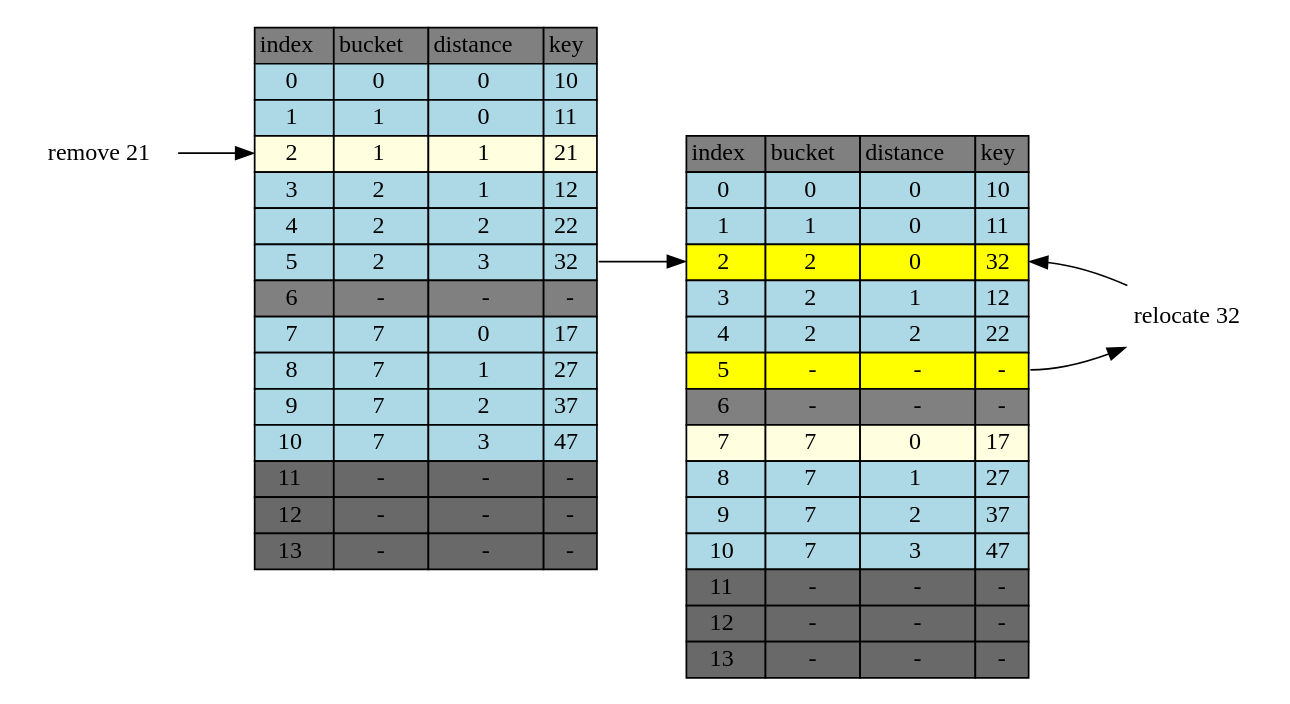
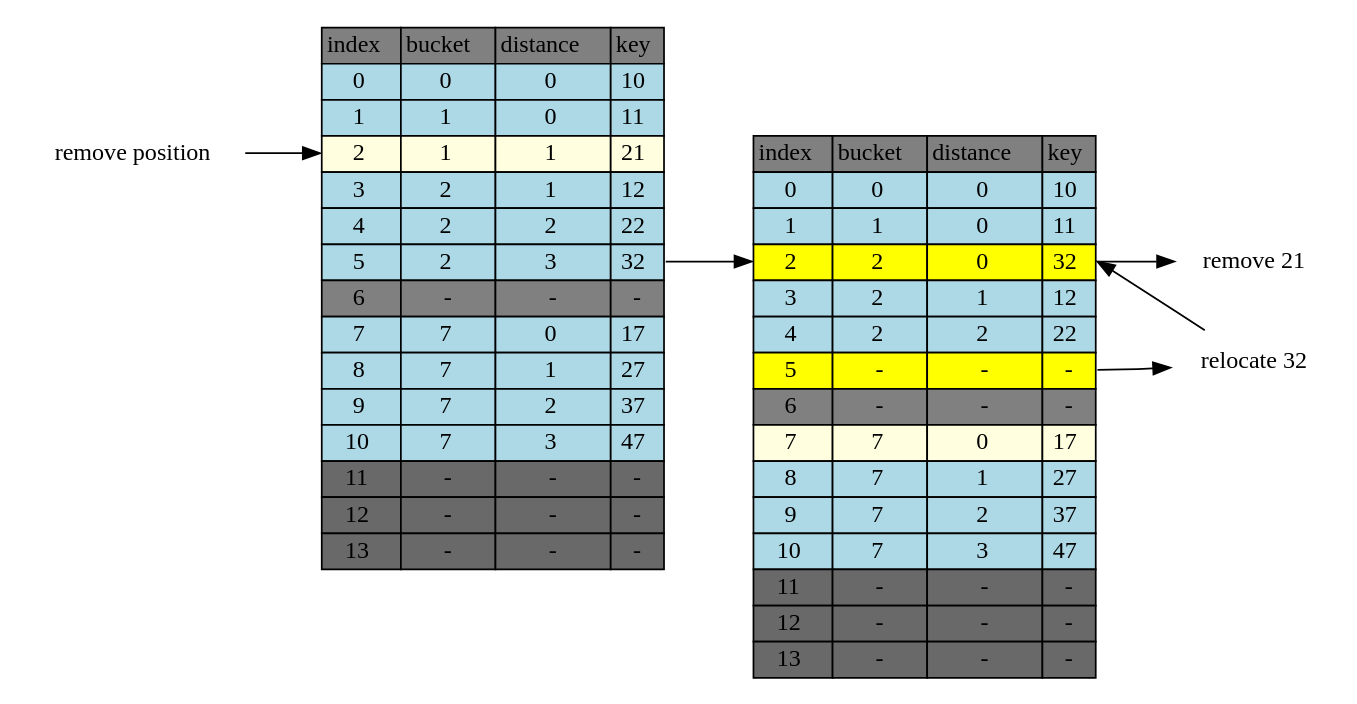
The diagram in hashing/cluster-remove-21.dot (jasonlue/digest), drawn with Graphviz before and after one commit. The commit also changed 5 other files, not shown here.

```diff
--- a/hashing/cluster-remove-21.dot
+++ b/hashing/cluster-remove-21.dot
@@ -1,197 +1,198 @@
 digraph table{
     rankdir=LR
     node[shape=plaintext]
 
     table[label=<
         <TABLE BORDER="0" CELLBORDER="1" CELLSPACING="0">
             <TR>
                 <TD BGCOLOR="grey">index</TD>
                 <TD BGCOLOR="grey">bucket</TD>
                 <TD BGCOLOR="grey">distance</TD>
                 <TD BGCOLOR="grey">key</TD>
             </TR>           
             <TR>
                 <TD BGCOLOR="lightblue" PORT="i0">0</TD>
                 <TD BGCOLOR="lightblue">0</TD>
                 <TD BGCOLOR="lightblue">0</TD>
                 <TD BGCOLOR="lightblue" PORT="k0">10</TD>
             </TR>           
             <TR>
                 <TD BGCOLOR="lightblue" PORT="i1">1</TD>
                 <TD BGCOLOR="lightblue">1</TD>
                 <TD BGCOLOR="lightblue">0</TD>
                 <TD BGCOLOR="lightblue" PORT="k1">11</TD>
             </TR>           
             <TR>
                 <TD BGCOLOR="lightyellow" PORT="i2">2</TD>
                 <TD BGCOLOR="lightyellow">1</TD>
                 <TD BGCOLOR="lightyellow">1</TD>
                 <TD BGCOLOR="lightyellow" PORT="k2">21</TD>
             </TR>           
             <TR>
                 <TD BGCOLOR="lightblue" PORT="i3">3</TD>
                 <TD BGCOLOR="lightblue">2</TD>
                 <TD BGCOLOR="lightblue">1</TD>
                 <TD BGCOLOR="lightblue" PORT="k3">12</TD>
             </TR>           
             <TR>
                 <TD BGCOLOR="lightblue" PORT="i4">4</TD>
                 <TD BGCOLOR="lightblue">2</TD>
                 <TD BGCOLOR="lightblue">2</TD>
                 <TD BGCOLOR="lightblue" PORT="k4">22</TD>
             </TR>           
             <TR>
                 <TD BGCOLOR="lightblue" PORT="i5">5</TD>
                 <TD BGCOLOR="lightblue">2</TD>
                 <TD BGCOLOR="lightblue">3</TD>
                 <TD BGCOLOR="lightblue" PORT="k5">32</TD>
             </TR>
             <TR>
                 <TD BGCOLOR="grey" PORT="i6">6</TD>
                 <TD BGCOLOR="grey">-</TD>
                 <TD BGCOLOR="grey">-</TD>
                 <TD BGCOLOR="grey" PORT="k6">-</TD> 
             </TR>           
             <TR>
                 <TD BGCOLOR="lightblue" PORT="i7">7</TD>
                 <TD BGCOLOR="lightblue">7</TD>
                 <TD BGCOLOR="lightblue">0</TD>
                 <TD BGCOLOR="lightblue" PORT="k7">17</TD>
             </TR>           
             <TR>
                 <TD BGCOLOR="lightblue" PORT="i8">8</TD>
                 <TD BGCOLOR="lightblue">7</TD>
                 <TD BGCOLOR="lightblue">1</TD>
                 <TD BGCOLOR="lightblue" PORT="k8">27</TD>
             </TR>           
             <TR>
                 <TD BGCOLOR="lightblue" PORT="i9">9</TD>
                 <TD BGCOLOR="lightblue">7</TD>
                 <TD BGCOLOR="lightblue">2</TD>
                 <TD BGCOLOR="lightblue" PORT="k9">37</TD>
             </TR>           
             <TR>
                 <TD BGCOLOR="lightblue" PORT="i10">10</TD>
                 <TD BGCOLOR="lightblue">7</TD>
                 <TD BGCOLOR="lightblue">3</TD>
                 <TD BGCOLOR="lightblue" PORT="k10">47</TD>
             </TR>           
             <TR>
                 <TD BGCOLOR="dimgrey" PORT="i11">11</TD>
                 <TD BGCOLOR="dimgrey">-</TD>
                 <TD BGCOLOR="dimgrey">-</TD>
                 <TD BGCOLOR="dimgrey" PORT="k11">-</TD>
             </TR>           
             <TR>
                 <TD BGCOLOR="dimgrey" PORT="i12">12</TD>
                 <TD BGCOLOR="dimgrey">-</TD>
                 <TD BGCOLOR="dimgrey">-</TD>
                 <TD BGCOLOR="dimgrey" PORT="k12">-</TD>
             </TR>           
             <TR>
                 <TD BGCOLOR="dimgrey" PORT="i13">13</TD>
                 <TD BGCOLOR="dimgrey">-</TD>
                 <TD BGCOLOR="dimgrey">-</TD>
                 <TD BGCOLOR="dimgrey" PORT="k13">-</TD>
             </TR>           
         </TABLE>
     >]
      table2[label=<
         <TABLE BORDER="0" CELLBORDER="1" CELLSPACING="0">
             <TR>
                 <TD BGCOLOR="grey">index</TD>
                 <TD BGCOLOR="grey">bucket</TD>
                 <TD BGCOLOR="grey">distance</TD>
                 <TD BGCOLOR="grey">key</TD>
             </TR>           
             <TR>
                 <TD BGCOLOR="lightblue" PORT="i0">0</TD>
                 <TD BGCOLOR="lightblue">0</TD>
                 <TD BGCOLOR="lightblue">0</TD>
                 <TD BGCOLOR="lightblue" PORT="k0">10</TD>
             </TR>           
             <TR>
                 <TD BGCOLOR="lightblue" PORT="i1">1</TD>
                 <TD BGCOLOR="lightblue">1</TD>
                 <TD BGCOLOR="lightblue">0</TD>
                 <TD BGCOLOR="lightblue" PORT="k1">11</TD>
             </TR>           
             <TR>
                 <TD BGCOLOR="yellow" PORT="i2">2</TD>
                 <TD BGCOLOR="yellow">2</TD>
                 <TD BGCOLOR="yellow">0</TD>
                 <TD BGCOLOR="yellow" PORT="k2">32</TD>
             </TR>           
             <TR>
                 <TD BGCOLOR="lightblue" PORT="i3">3</TD>
                 <TD BGCOLOR="lightblue">2</TD>
                 <TD BGCOLOR="lightblue">1</TD>
                 <TD BGCOLOR="lightblue" PORT="k3">12</TD>
             </TR>           
             <TR>
                 <TD BGCOLOR="lightblue" PORT="i4">4</TD>
                 <TD BGCOLOR="lightblue">2</TD>
                 <TD BGCOLOR="lightblue">2</TD>
                 <TD BGCOLOR="lightblue" PORT="k4">22</TD>
             </TR>           
             <TR>
                 <TD BGCOLOR="yellow" PORT="i5">5</TD>
                 <TD BGCOLOR="yellow">-</TD>
                 <TD BGCOLOR="yellow">-</TD>
                 <TD BGCOLOR="yellow" PORT="k5">-</TD>
             </TR>
             <TR>
                 <TD BGCOLOR="grey" PORT="i6">6</TD>
                 <TD BGCOLOR="grey">-</TD>
                 <TD BGCOLOR="grey">-</TD>
                 <TD BGCOLOR="grey" PORT="k6">-</TD> 
             </TR>           
             <TR>
                 <TD BGCOLOR="lightyellow" PORT="i7">7</TD>
                 <TD BGCOLOR="lightyellow">7</TD>
                 <TD BGCOLOR="lightyellow">0</TD>
                 <TD BGCOLOR="lightyellow" PORT="k7">17</TD>
             </TR>           
             <TR>
                 <TD BGCOLOR="lightblue" PORT="i8">8</TD>
                 <TD BGCOLOR="lightblue">7</TD>
                 <TD BGCOLOR="lightblue">1</TD>
                 <TD BGCOLOR="lightblue" PORT="k8">27</TD>
             </TR>           
             <TR>
                 <TD BGCOLOR="lightblue" PORT="i9">9</TD>
                 <TD BGCOLOR="lightblue">7</TD>
                 <TD BGCOLOR="lightblue">2</TD>
                 <TD BGCOLOR="lightblue" PORT="k9">37</TD>
             </TR>           
             <TR>
                 <TD BGCOLOR="lightblue" PORT="i10">10</TD>
                 <TD BGCOLOR="lightblue">7</TD>
                 <TD BGCOLOR="lightblue">3</TD>
                 <TD BGCOLOR="lightblue" PORT="k10">47</TD>
             </TR>           
             <TR>
                 <TD BGCOLOR="dimgrey" PORT="i11">11</TD>
                 <TD BGCOLOR="dimgrey">-</TD>
                 <TD BGCOLOR="dimgrey">-</TD>
                 <TD BGCOLOR="dimgrey" PORT="k11">-</TD>
             </TR>           
             <TR>
                 <TD BGCOLOR="dimgrey" PORT="i12">12</TD>
                 <TD BGCOLOR="dimgrey">-</TD>
                 <TD BGCOLOR="dimgrey">-</TD>
                 <TD BGCOLOR="dimgrey" PORT="k12">-</TD>
             </TR>           
             <TR>
                 <TD BGCOLOR="dimgrey" PORT="i13">13</TD>
                 <TD BGCOLOR="dimgrey">-</TD>
                 <TD BGCOLOR="dimgrey">-</TD>
                 <TD BGCOLOR="dimgrey" PORT="k13">-</TD>
             </TR>           
         </TABLE>
     >]
 
- "remove 21" -> table:i2
+ "remove position" -> table:i2
+ table2:k2->"remove 21"
  table2:k5->"relocate 32"->table2:k2
  table:k5->table2:i2
 }
```
